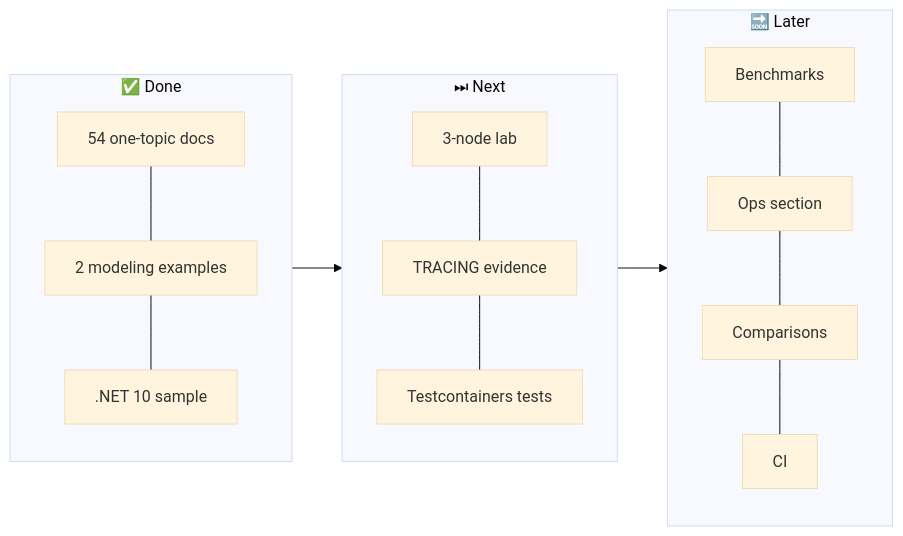
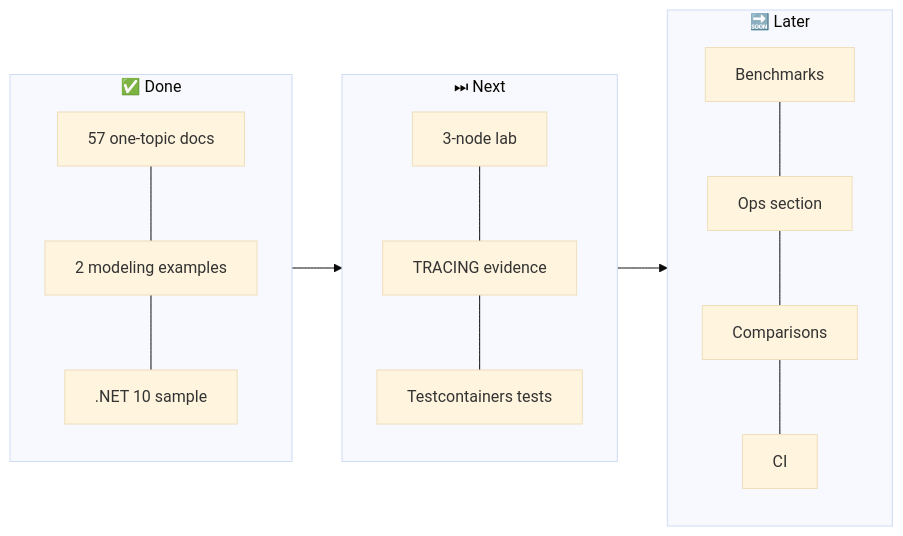
Before and after one commit to wesamkhateeb98-creator/cassandra-guide: the diagram in ROADMAP.md, drawn with Mermaid (base theme). The commit also changed 5 other files, not shown here.

````diff
--- a/ROADMAP.md
+++ b/ROADMAP.md
@@ -5,13 +5,13 @@
 ```mermaid
 flowchart LR
     subgraph Now["✅ Done"]
-        A[54 one-topic docs] --- B[2 modeling examples] --- C[.NET 10 sample]
+        A[57 one-topic docs] --- B[2 modeling examples] --- C[.NET 10 sample]
     end
     subgraph Next["⏭ Next"]
         D[3-node lab] --- E[TRACING evidence] --- F[Testcontainers tests]
     end
     subgraph Later["🔜 Later"]
         G[Benchmarks] --- H[Ops section] --- I[Comparisons] --- J[CI]
     end
     Now --> Next --> Later
 ```
````
